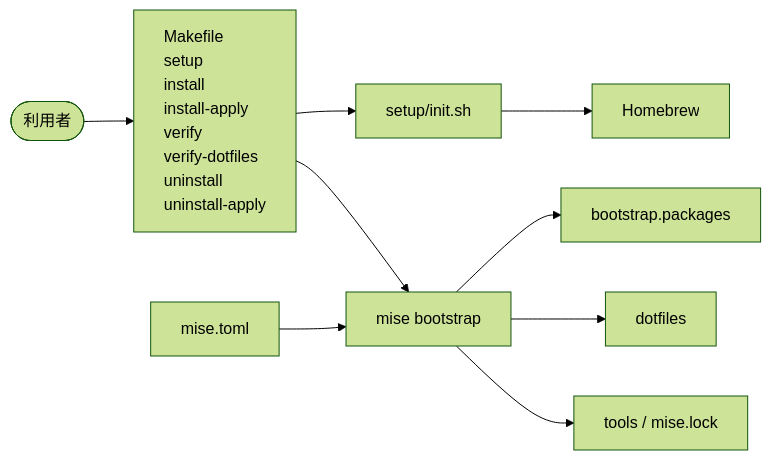
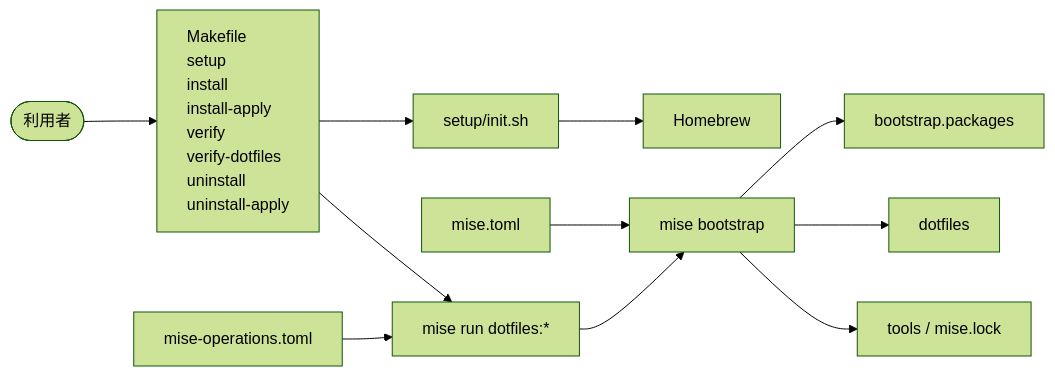
Before and after one commit to gkzz/dotfiles: the diagram in docs/ARCHITECTURE.md, drawn with Mermaid (forest theme). The commit also changed other lines of this file and 6 other files, not shown here.

First line of the commit message:
refactor: move dotfiles operations into dedicated mise tasks (#28)

````diff
--- a/docs/ARCHITECTURE.md
+++ b/docs/ARCHITECTURE.md
@@ -5,12 +5,14 @@
 ```mermaid
 %%{init: {"flowchart": {"htmlLabels": true}}}%%
 flowchart LR
     user([利用者]) --> makefile["<div style='text-align: left'>Makefile<br/>setup<br/>install<br/>install-apply<br/>verify<br/>verify-dotfiles<br/>uninstall<br/>uninstall-apply</div>"]
     makefile --> setup[setup/init.sh]
     setup --> brew[Homebrew]
     config[mise.toml] --> mise
-    makefile --> mise[mise bootstrap]
+    operations[mise-operations.toml] --> tasks
+    makefile --> tasks[mise run dotfiles:*]
+    tasks --> mise[mise bootstrap]
     mise --> packages[bootstrap.packages]
     mise --> dotfiles[dotfiles]
     mise --> tools[tools / mise.lock]
 ```
````
